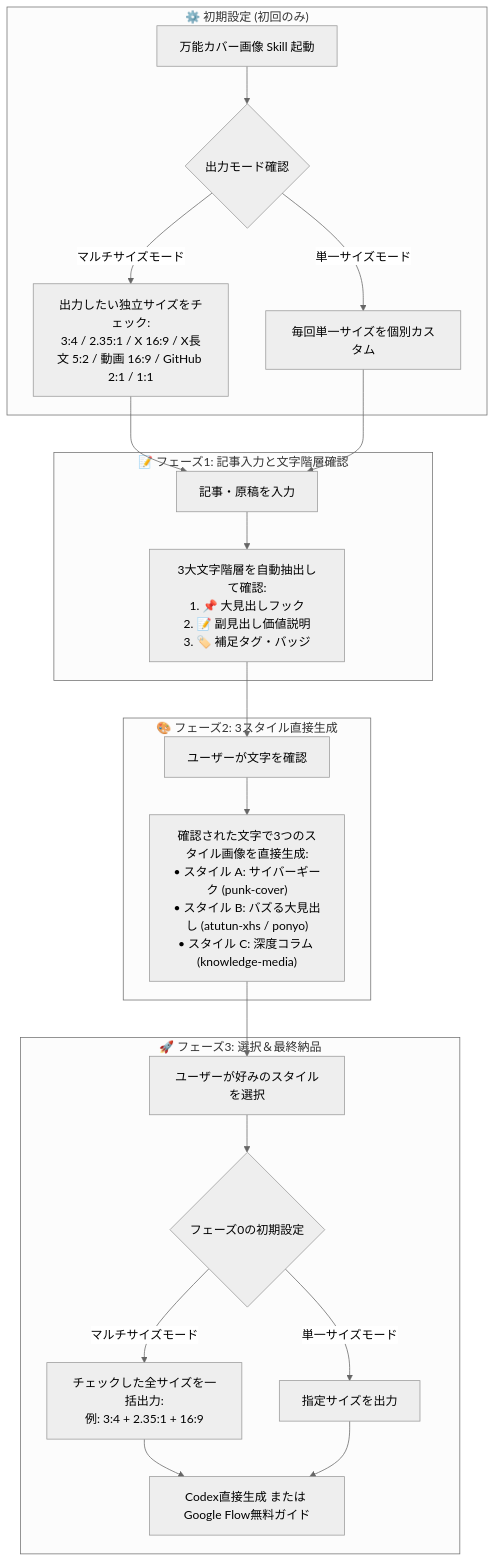
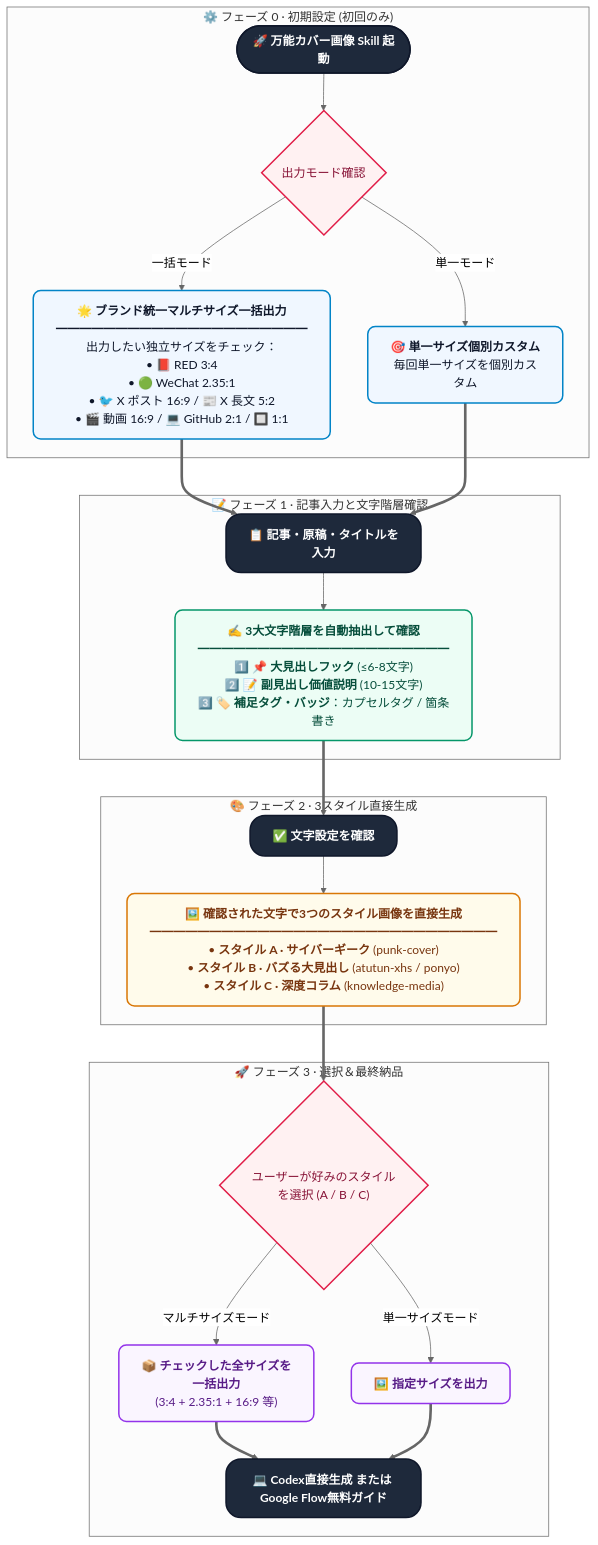
The first of 2 diagrams in README.ja.md (kaomei/cover-studio), drawn with Mermaid (neutral theme) before and after one commit. The commit also changed other lines of this file and 7 other files, not shown here.

Commit message:
style(docs): elevate Mermaid flowchart UI with modern SaaS color palettes, card boxes and glowing borders

````diff
--- a/README.ja.md
+++ b/README.ja.md
@@ -39,29 +39,48 @@
 ```mermaid
 flowchart TD
-    subgraph S0["⚙️ 初期設定 (初回のみ)"]
-        A0["万能カバー画像 Skill 起動"] --> A1{"出力モード確認"}
-        A1 -->|"マルチサイズモード"| A2["出力したい独立サイズをチェック:<br/>3:4 / 2.35:1 / X 16:9 / X長文 5:2 / 動画 16:9 / GitHub 2:1 / 1:1"]
-        A1 -->|"単一サイズモード"| A3["毎回単一サイズを個別カスタム"]
+    classDef setupBox fill:#f0f7ff,stroke:#0284c7,stroke-width:2px,color:#0f172a,rx:10px,ry:10px;
+    classDef textBox fill:#ecfdf5,stroke:#059669,stroke-width:2px,color:#064e3b,rx:10px,ry:10px;
+    classDef genBox fill:#fffbeb,stroke:#d97706,stroke-width:2px,color:#78350f,rx:10px,ry:10px;
+    classDef deliverBox fill:#faf5ff,stroke:#9333ea,stroke-width:2px,color:#581c87,rx:10px,ry:10px;
+    classDef decision fill:#fff1f2,stroke:#e11d48,stroke-width:2px,color:#881337,rx:6px,ry:6px;
+    classDef action fill:#1e293b,stroke:#0f172a,stroke-width:2px,color:#ffffff,font-weight:bold,rx:20px,ry:20px;
+
+    subgraph S0 ["⚙️ フェーズ 0 · 初期設定 (初回のみ)"]
+        A0(["🚀 万能カバー画像 Skill 起動"]):::action
+        A1{"出力モード確認"}:::decision
+        A2["🌟 <b>ブランド統一マルチサイズ一括出力</b><br/>━━━━━━━━━━━━━━━━━━━━━<br/>出力したい独立サイズをチェック：<br/>• 📕 RED 3:4<br/>• 🟢 WeChat 2.35:1<br/>• 🐦 X ポスト 16:9 / 📰 X 長文 5:2<br/>• 🎬 動画 16:9 / 💻 GitHub 2:1 / 🔲 1:1"]:::setupBox
+        A3["🎯 <b>単一サイズ個別カスタム</b><br/>毎回単一サイズを個別カスタム"]:::setupBox
+        A0 --> A1
+        A1 -->|"一括モード"| A2
+        A1 -->|"単一モード"| A3
     end
 
-    subgraph S1["📝 フェーズ1: 記事入力と文字階層確認"]
-        B0["記事・原稿を入力"] --> B1["3大文字階層を自動抽出して確認:<br/>1. 📌 大見出しフック<br/>2. 📝 副見出し価値説明<br/>3. 🏷️ 補足タグ・バッジ"]
+    subgraph S1 ["📝 フェーズ 1 · 記事入力と文字階層確認"]
+        B0["📋 記事・原稿・タイトルを入力"]:::action
+        B1["✍️ <b>3大文字階層を自動抽出して確認</b><br/>━━━━━━━━━━━━━━━━━━━━━<br/>1️⃣ 📌 <b>大見出しフック</b> (≤6-8文字)<br/>2️⃣ 📝 <b>副見出し価値説明</b> (10-15文字)<br/>3️⃣ 🏷️ <b>補足タグ・バッジ</b>：カプセルタグ / 箇条書き"]:::textBox
+        B0 --> B1
     end
 
-    subgraph S2["🎨 フェーズ2: 3スタイル直接生成"]
-        C0["ユーザーが文字を確認"] --> C1["確認された文字で3つのスタイル画像を直接生成:<br/>• スタイル A: サイバーギーク (punk-cover)<br/>• スタイル B: バズる大見出し (atutun-xhs / ponyo)<br/>• スタイル C: 深度コラム (knowledge-media)"]
+    subgraph S2 ["🎨 フェーズ 2 · 3スタイル直接生成"]
+        C0["✅ 文字設定を確認"]:::action
+        C1["🖼️ <b>確認された文字で3つのスタイル画像を直接生成</b><br/>━━━━━━━━━━━━━━━━━━━━━━━━━━━━━<br/>• <b>スタイル A · サイバーギーク</b> (punk-cover)<br/>• <b>スタイル B · バズる大見出し</b> (atutun-xhs / ponyo)<br/>• <b>スタイル C · 深度コラム</b> (knowledge-media)"]:::genBox
+        C0 --> C1
     end
 
-    subgraph S3["🚀 フェーズ3: 選択＆最終納品"]
-        D0["ユーザーが好みのスタイルを選択"] --> D1{"フェーズ0の初期設定"}
-        D1 -->|"マルチサイズモード"| D2["チェックした全サイズを一括出力:<br/>例: 3:4 + 2.35:1 + 16:9"]
-        D1 -->|"単一サイズモード"| D3["指定サイズを出力"]
-        D2 --> D4["Codex直接生成 または Google Flow無料ガイド"]
-        D3 --> D4
+    subgraph S3 ["🚀 フェーズ 3 · 選択＆最終納品"]
+        D0{"ユーザーが好みのスタイルを選択 (A / B / C)"}:::decision
+        D1["📦 <b>チェックした全サイズを一括出力</b><br/>(3:4 + 2.35:1 + 16:9 等)"]:::deliverBox
+        D2["🖼️ <b>指定サイズを出力</b>"]:::deliverBox
+        D3["💻 <b>Codex直接生成 または Google Flow無料ガイド</b>"]:::action
+
+        D0 -->|"マルチサイズモード"| D1
+        D0 -->|"単一サイズモード"| D2
+        D1 ==> D3
+        D2 ==> D3
     end
 
-    A2 --> B0
-    A3 --> B0
-    B1 --> C0
-    C1 --> D0
+    A2 ==> B0
+    A3 ==> B0
+    B1 ==> C0
+    C1 ==> D0
 ```
````
